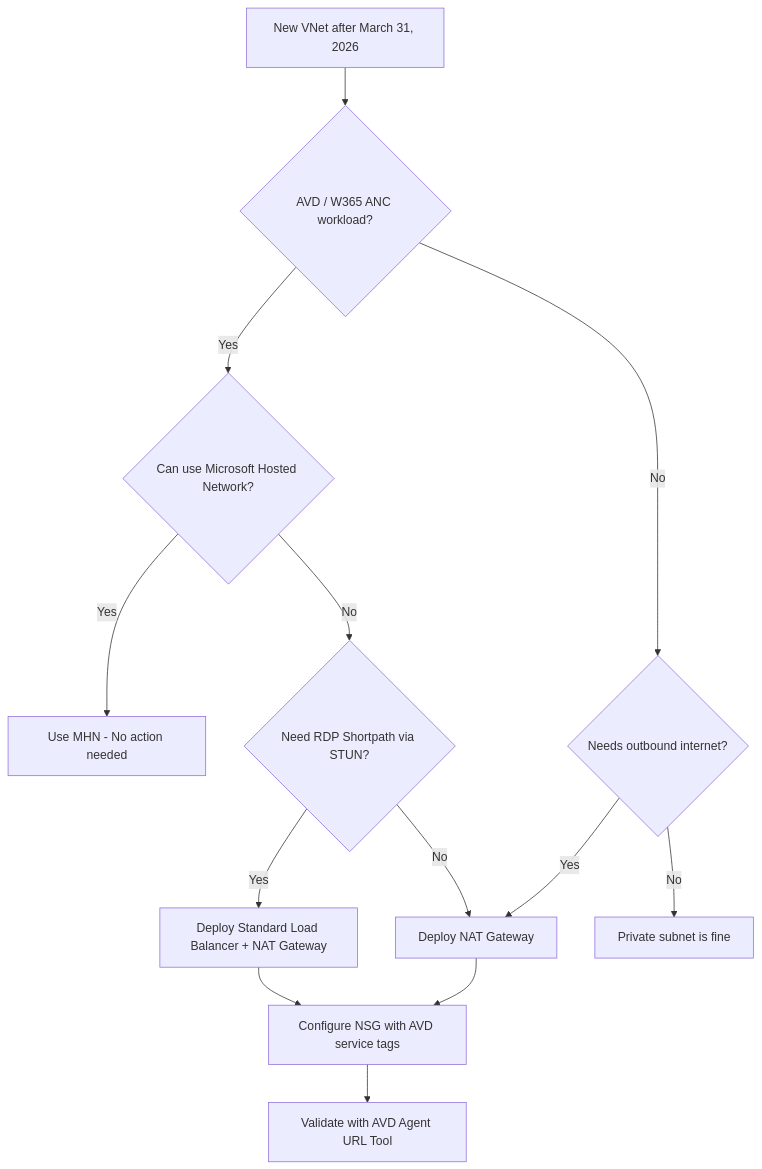
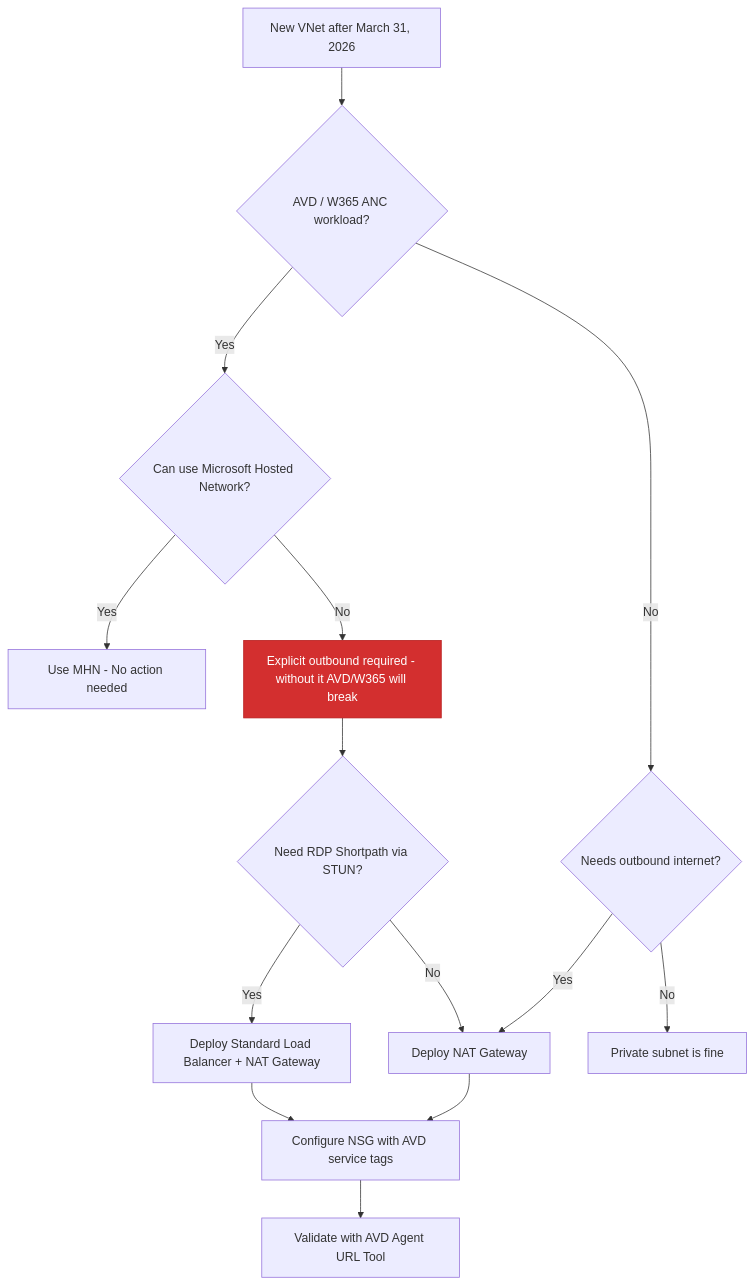
Before and after one commit to BenMartinBaur/benmartinbaur.github.io: the diagram in content/posts/2026-03-13-azure-default-outbound-access-avd/index.md, drawn with Mermaid.

Commit message:
updated mermaid

````diff
--- a/content/posts/2026-03-13-azure-default-outbound-access-avd/index.md
+++ b/content/posts/2026-03-13-azure-default-outbound-access-avd/index.md
@@ -123,15 +123,18 @@
 ```mermaid
 flowchart TD
     A[New VNet after March 31, 2026] --> B{AVD / W365 ANC workload?}
     B -->|Yes| C{Can use Microsoft Hosted Network?}
     C -->|Yes| D[Use MHN - No action needed]
-    C -->|No| E{Need RDP Shortpath via STUN?}
-    E -->|Yes| F[Deploy Standard Load Balancer + NAT Gateway]
-    E -->|No| G[Deploy NAT Gateway]
-    B -->|No| H{Needs outbound internet?}
-    H -->|Yes| G
-    H -->|No| I[Private subnet is fine]
-    G --> J[Configure NSG with AVD service tags]
-    F --> J
-    J --> K[Validate with AVD Agent URL Tool]
+    C -->|No| E[Explicit outbound required - without it AVD/W365 will break]
+    E --> F{Need RDP Shortpath via STUN?}
+    F -->|Yes| G[Deploy Standard Load Balancer + NAT Gateway]
+    F -->|No| H[Deploy NAT Gateway]
+    G --> I[Configure NSG with AVD service tags]
+    H --> I
+    I --> J[Validate with AVD Agent URL Tool]
+    B -->|No| K{Needs outbound internet?}
+    K -->|Yes| H
+    K -->|No| L[Private subnet is fine]
+
+    style E fill:#d32f2f,color:#fff,stroke:#b71c1c
 ```
````
